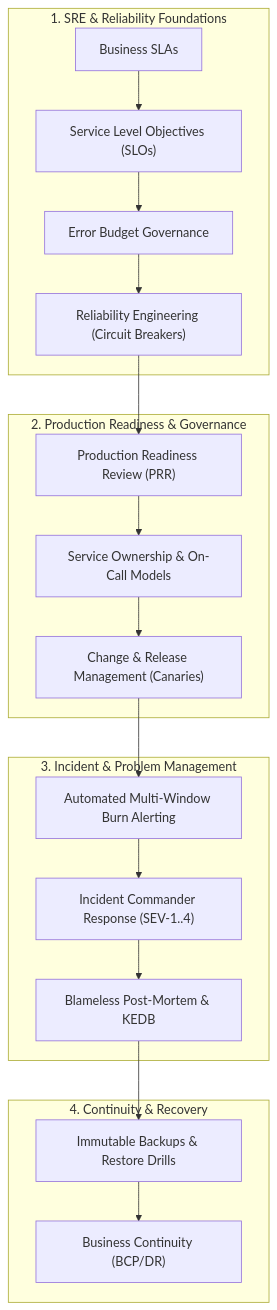
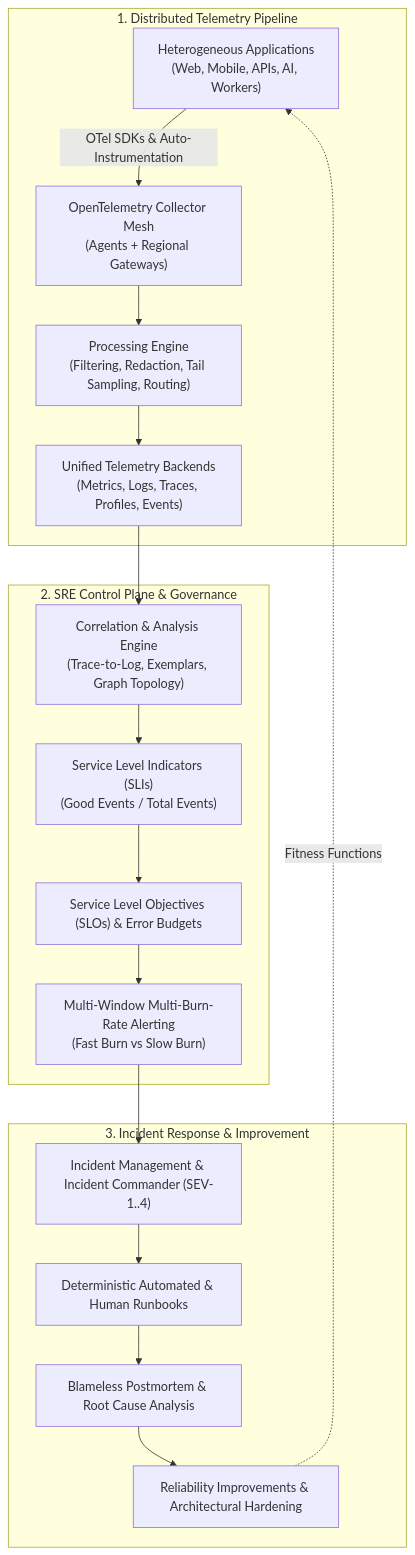
The diagram in 11-observability/README.md (avadhut-kore/enterprise-architecture-handbook), drawn with Mermaid before and after one commit. The commit also changed other lines of this file and 160 other files, not shown here.

Commit message:
Observability & SRE Architecture Library

````diff
--- a/11-observability/README.md
+++ b/11-observability/README.md
@@ -9,22 +9,23 @@
 ```mermaid
 flowchart TD
-    subgraph SRE ["1. SRE & Reliability Foundations"]
-        A["Business SLAs"] --> B["Service Level Objectives (SLOs)"]
-        B --> C["Error Budget Governance"]
-        C --> D["Reliability Engineering (Circuit Breakers)"]
+    subgraph Observability_Platform ["1. Distributed Telemetry Pipeline"]
+        Apps["Heterogeneous Applications\n(Web, Mobile, APIs, AI, Workers)"] -->|"OTel SDKs & Auto-Instrumentation"| Collector["OpenTelemetry Collector Mesh\n(Agents + Regional Gateways)"]
+        Collector --> Process["Processing Engine\n(Filtering, Redaction, Tail Sampling, Routing)"]
+        Process --> Storage["Unified Telemetry Backends\n(Metrics, Logs, Traces, Profiles, Events)"]
     end
-    subgraph Ops ["2. Production Readiness & Governance"]
-        D --> E["Production Readiness Review (PRR)"]
-        E --> F["Service Ownership & On-Call Models"]
-        F --> G["Change & Release Management (Canaries)"]
+
+    subgraph SRE_Control ["2. SRE Control Plane & Governance"]
+        Storage --> Correlation["Correlation & Analysis Engine\n(Trace-to-Log, Exemplars, Graph Topology)"]
+        Correlation --> SLIs["Service Level Indicators (SLIs)\n(Good Events / Total Events)"]
+        SLIs --> SLOs["Service Level Objectives (SLOs) & Error Budgets"]
+        SLOs --> Alerts["Multi-Window Multi-Burn-Rate Alerting\n(Fast Burn vs Slow Burn)"]
     end
-    subgraph Response ["3. Incident & Problem Management"]
-        G --> H["Automated Multi-Window Burn Alerting"]
-        H --> I["Incident Commander Response (SEV-1..4)"]
-        I --> J["Blameless Post-Mortem & KEDB"]
-    end
-    subgraph Recovery ["4. Continuity & Recovery"]
-        J --> K["Immutable Backups & Restore Drills"]
-        K --> L["Business Continuity (BCP/DR)"]
+
+    subgraph Operational_Action ["3. Incident Response & Improvement"]
+        Alerts --> Incidents["Incident Management & Incident Commander (SEV-1..4)"]
+        Incidents --> Runbooks["Deterministic Automated & Human Runbooks"]
+        Runbooks --> Postmortem["Blameless Postmortem & Root Cause Analysis"]
+        Postmortem --> ReliabilityEng["Reliability Improvements & Architectural Hardening"]
+        ReliabilityEng -.->|"Fitness Functions"| Apps
     end
 ```
````
